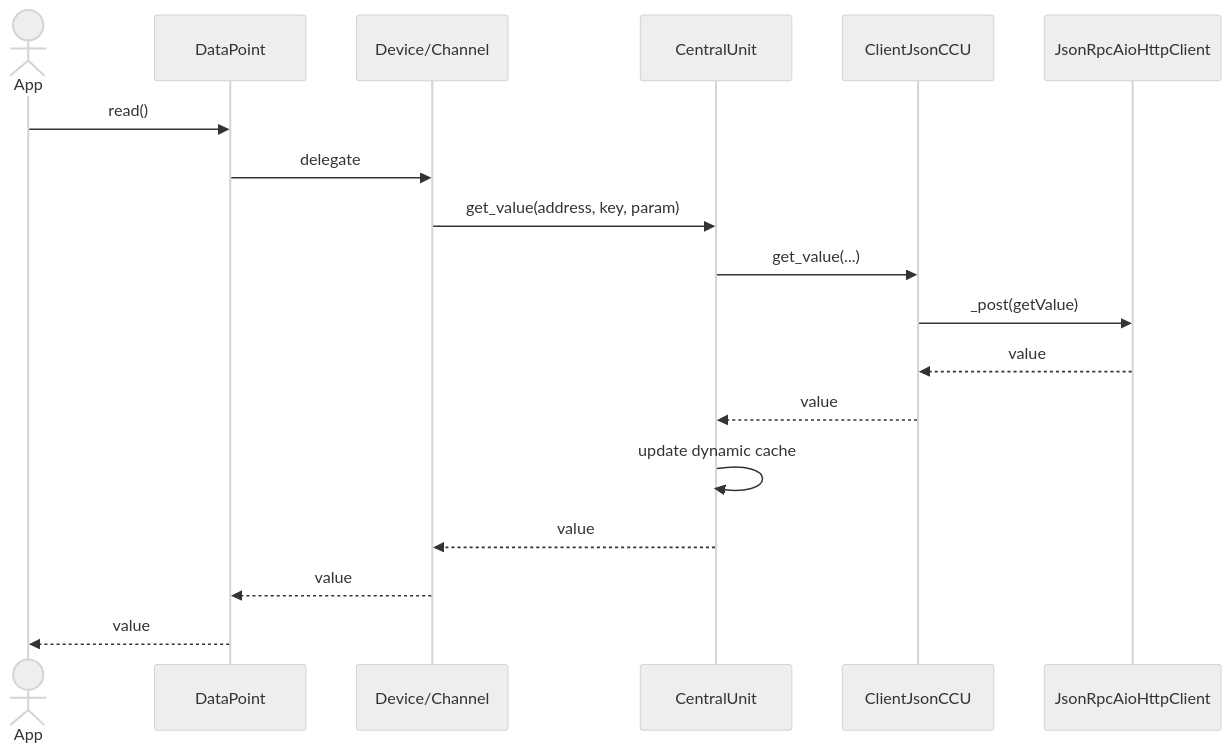
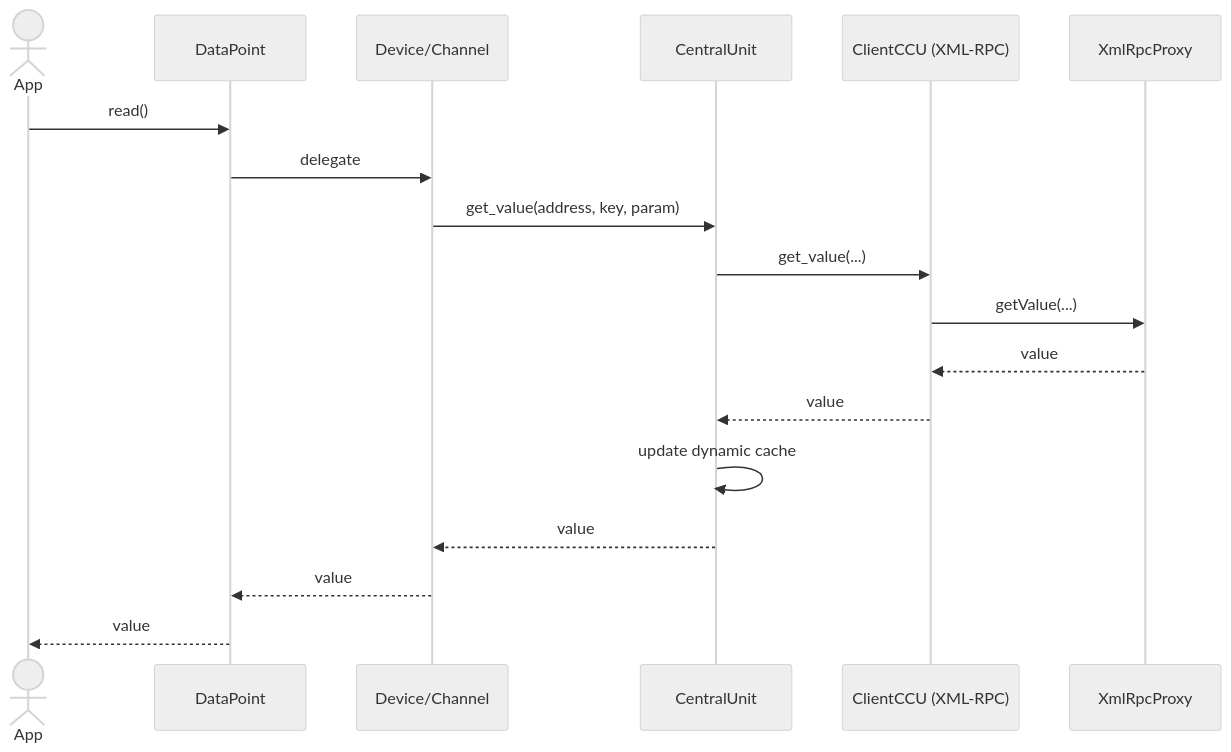
The first of 3 diagrams in docs/data_flow.md (SukramJ/aiohomematic), drawn with Mermaid (neutral theme) before and after one commit. The commit also changed other lines of this file and 5 other files, not shown here.

````diff
--- a/docs/data_flow.md
+++ b/docs/data_flow.md
@@ -96,20 +110,20 @@
 ```mermaid
 sequenceDiagram
   actor App
   participant DP as DataPoint
   participant Dev as Device/Channel
   participant C as CentralUnit
-  participant CJ as ClientJsonCCU
-  participant J as JsonRpcAioHttpClient
+  participant CX as ClientCCU (XML-RPC)
+  participant X as XmlRpcProxy
   App->>DP: read()
   DP->>Dev: delegate
   Dev->>C: get_value(address, key, param)
-  C->>CJ: get_value(...)
-  CJ->>J: _post(getValue)
-  J-->>CJ: value
-  CJ-->>C: value
+  C->>CX: get_value(...)
+  CX->>X: getValue(...)
+  X-->>CX: value
+  CX-->>C: value
   C->>C: update dynamic cache
   C-->>Dev: value
   Dev-->>DP: value
   DP-->>App: value
 ```
````
